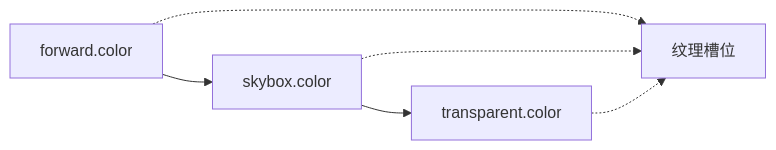
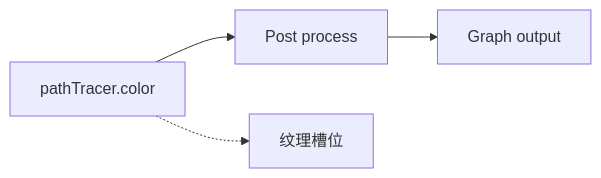
Before and after one commit to Tao-Mai/RenderLab: the diagram in docs/RenderGraph.md, drawn with Mermaid. The commit also changed other lines of this file and 574 other files, not shown here.

Commit message:
Simplify RenderLab around MinimalPathTracer

````diff
--- a/docs/RenderGraph.md
+++ b/docs/RenderGraph.md
@@ -34,7 +32,5 @@
 ```mermaid
 flowchart LR
-    Forward["forward.color"] --> Skybox["skybox.color"] --> Transparent["transparent.color"]
-    Forward -.-> Slot["纹理槽位"]
-    Skybox -.-> Slot
-    Transparent -.-> Slot
+    Trace["pathTracer.color"] --> Post["Post process"] --> Output["Graph output"]
+    Trace -.-> Slot["纹理槽位"]
 ```
````
